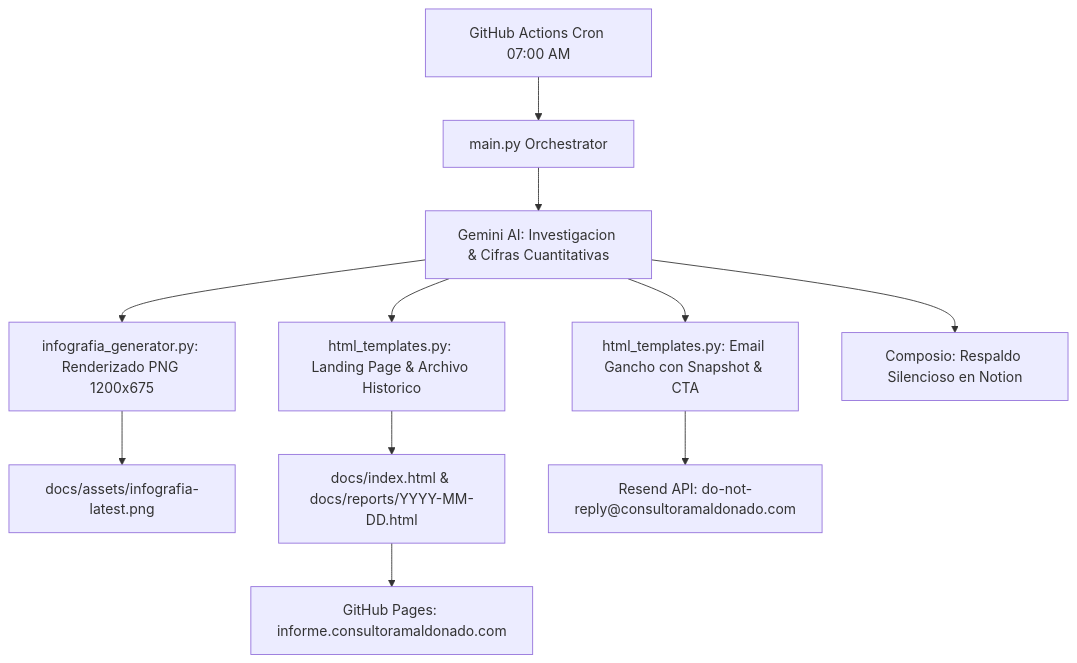
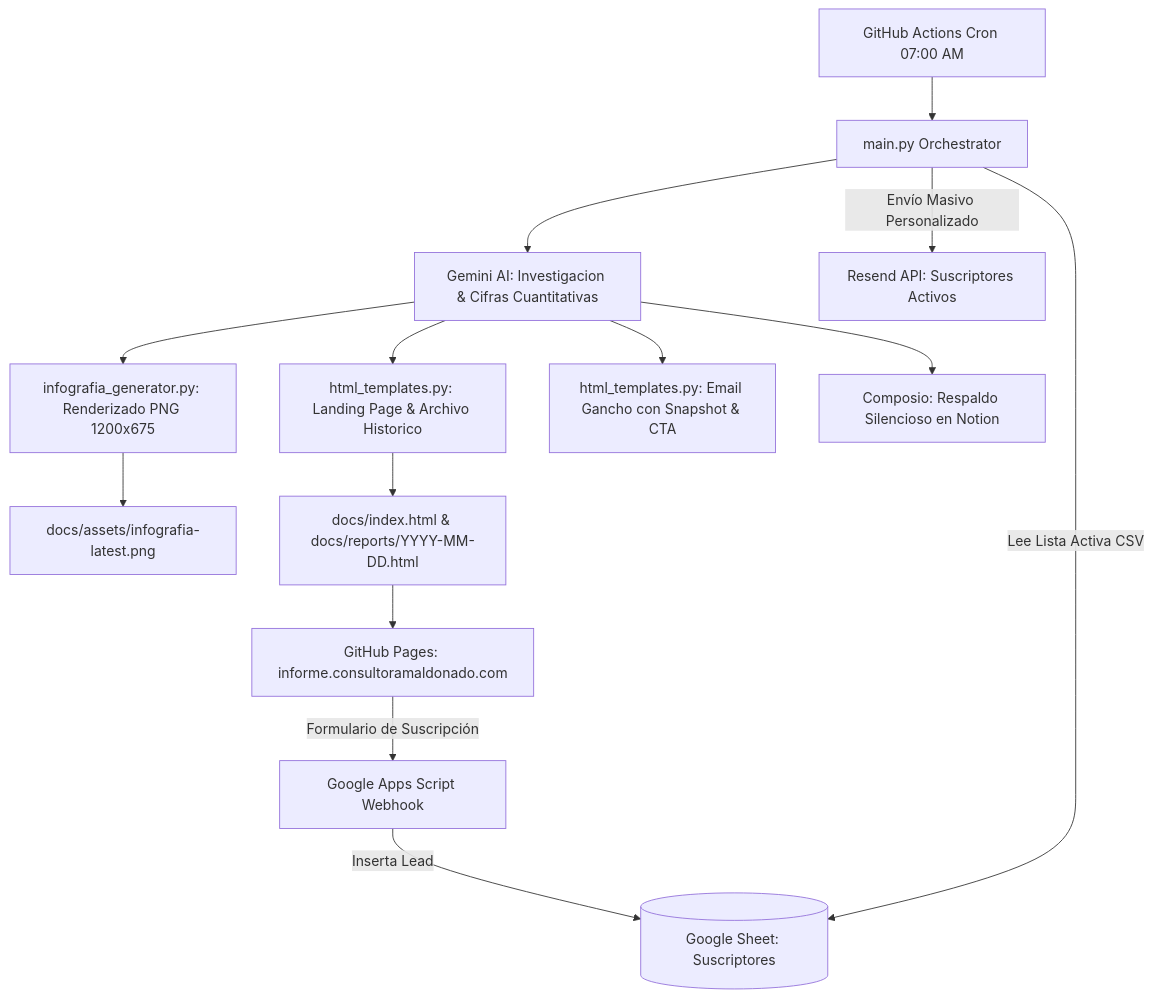
The diagram in README.md (HMA-maker/bolivia-economy-daily-briefing), drawn with Mermaid before and after one commit. The commit also changed other lines of this file and 5 other files, not shown here.

Commit message:
feat: integrar base de datos de suscriptores con Google Sheets y envio masivo Resend

````diff
--- a/README.md
+++ b/README.md
@@ -10,13 +10,16 @@
 ```mermaid
 graph TD
     A[GitHub Actions Cron 07:00 AM] --> B[main.py Orchestrator]
     B --> C[Gemini AI: Investigacion & Cifras Cuantitativas]
     C --> D[infografia_generator.py: Renderizado PNG 1200x675]
     C --> E[html_templates.py: Landing Page & Archivo Historico]
     C --> F[html_templates.py: Email Gancho con Snapshot & CTA]
     D --> G[docs/assets/infografia-latest.png]
     E --> H[docs/index.html & docs/reports/YYYY-MM-DD.html]
-    F --> I[Resend API: do-not-reply@consultoramaldonado.com]
+    H --> K[GitHub Pages: informe.consultoramaldonado.com]
+    K -- Formulario de Suscripción --> L[Google Apps Script Webhook]
+    L -- Inserta Lead --> M[(Google Sheet: Suscriptores)]
+    B -- Lee Lista Activa CSV --> M
+    B -- Envío Masivo Personalizado --> I[Resend API: Suscriptores Activos]
     C --> J[Composio: Respaldo Silencioso en Notion]
-    H --> K[GitHub Pages: informe.consultoramaldonado.com]
 ```
````
